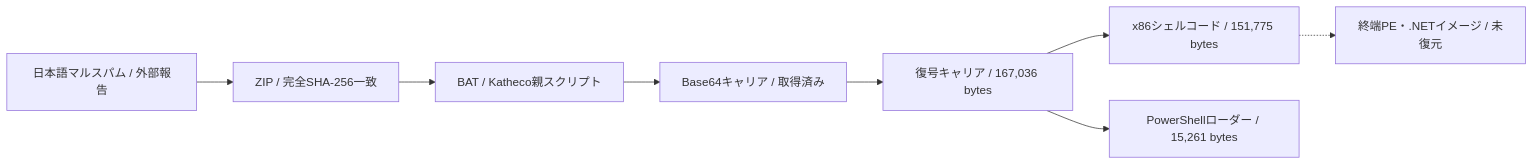
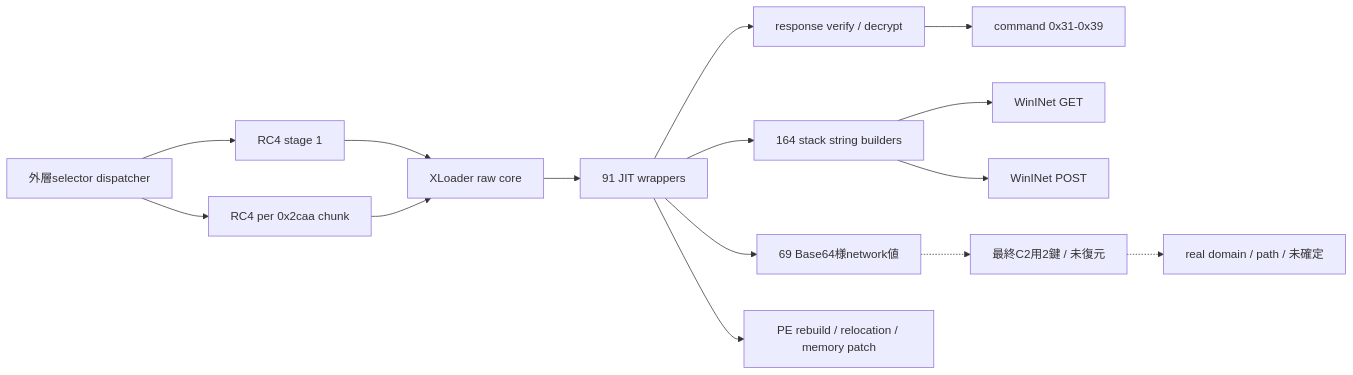
One commit to proshiba/AI-security-analysis changed the second of 3 diagrams in analysis-results/malware/guloader/versions/unknown/cases/8d96249aa92bee27d9ac8ffa8e32e3f8dd3a5c77cbe541b1d0cc97f37e962a1e/OVERALL-LOGIC.md. Above: the diagram before and after it, drawn with Mermaid. The commit also changed other lines of this file and 58 other files, not shown here.

````diff
--- a/analysis-results/malware/guloader/versions/unknown/cases/8d96249aa92bee27d9ac8ffa8e32e3f8dd3a5c77cbe541b1d0cc97f37e962a1e/OVERALL-LOGIC.md
+++ b/analysis-results/malware/guloader/versions/unknown/cases/8d96249aa92bee27d9ac8ffa8e32e3f8dd3a5c77cbe541b1d0cc97f37e962a1e/OVERALL-LOGIC.md
@@ -20,10 +25,17 @@
 ```mermaid
 flowchart LR
-    chain_mail["日本語マルスパム / 外部報告"] --> chain_zip["ZIP / 完全SHA-256一致"]
-    chain_zip --> chain_bat["BAT / Katheco親スクリプト"]
-    chain_bat --> chain_carrier["Base64キャリア / 取得済み"]
-    chain_carrier --> chain_decoded["復号キャリア / 167,036 bytes"]
-    chain_decoded --> chain_shellcode["x86シェルコード / 151,775 bytes"]
-    chain_decoded --> chain_powershell["PowerShellローダー / 15,261 bytes"]
-    chain_shellcode -.-> unknown_image["終端PE・.NETイメージ / 未復元"]
+    dispatcher["外層selector dispatcher"] --> rc4a["RC4 stage 1"]
+    dispatcher --> rc4b["RC4 per 0x2caa chunk"]
+    rc4a --> raw["XLoader raw core"]
+    rc4b --> raw
+    raw --> wrappers["91 JIT wrappers"]
+    wrappers --> strings["164 stack string builders"]
+    wrappers --> c2list["69 Base64様network値"]
+    wrappers --> response["response verify / decrypt"]
+    wrappers --> pehelper["PE rebuild / relocation / memory patch"]
+    response --> commands["command 0x31-0x39"]
+    strings --> get["WinINet GET"]
+    strings --> post["WinINet POST"]
+    c2list -.-> key["最終C2用2鍵 / 未復元"]
+    key -.-> endpoint["real domain / path / 未確定"]
 ```
````
